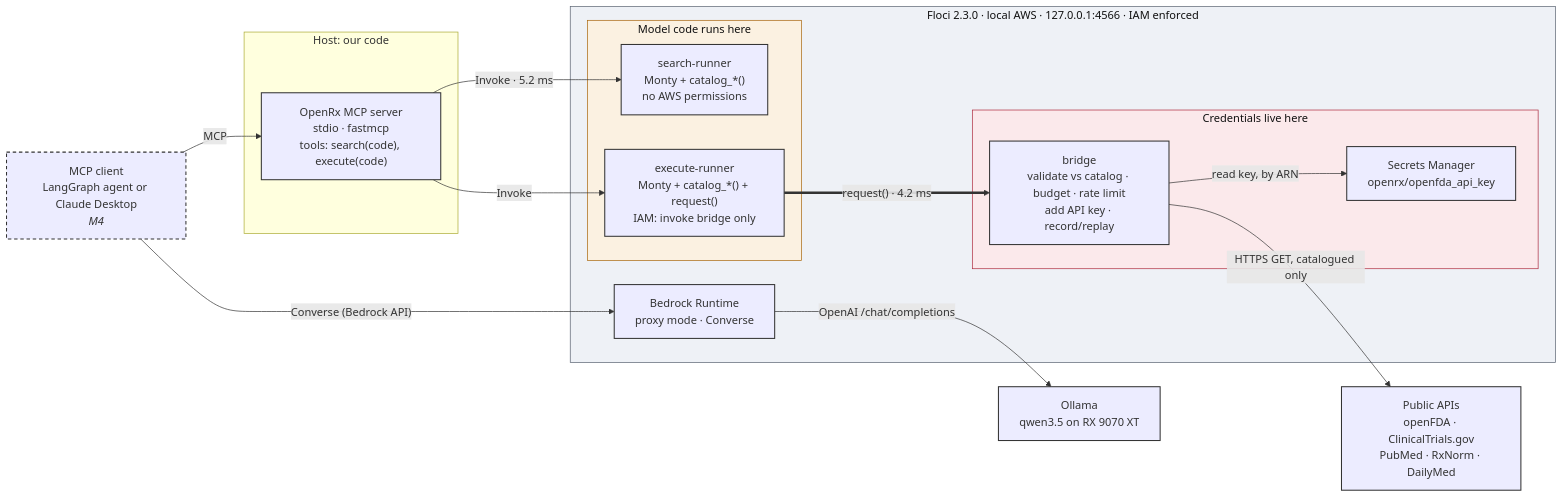
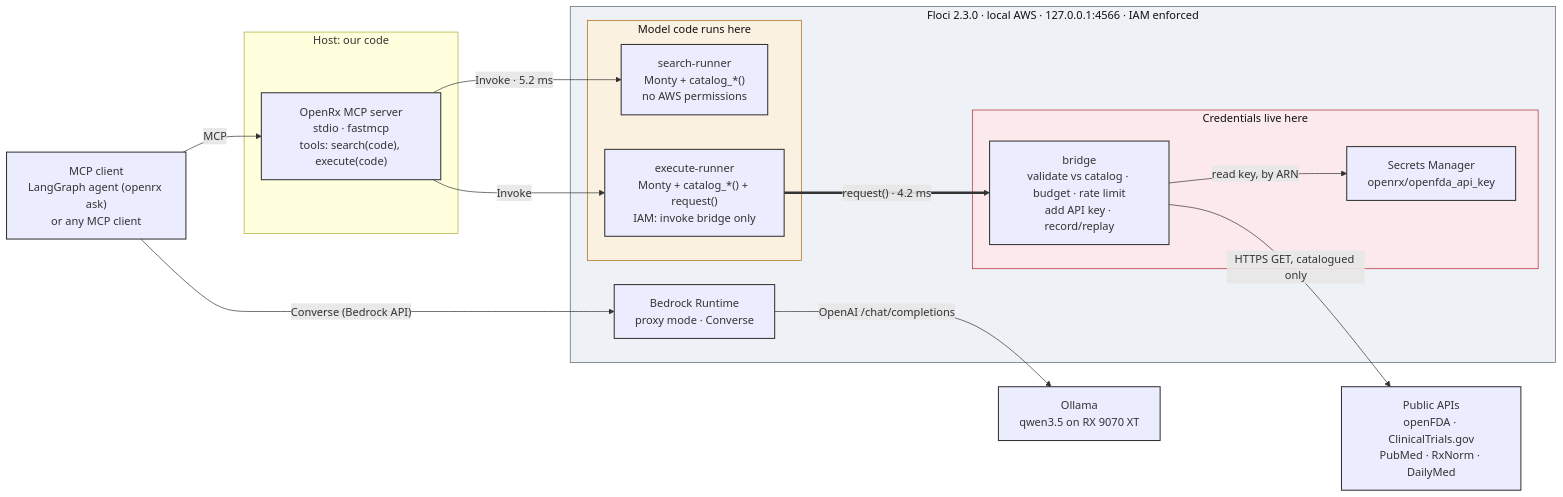
Before and after one commit to pratyushmohit/openrx: the first of 3 diagrams in docs/architecture.md, drawn with Mermaid. The commit also changed other lines of this file and 6 other files, not shown here.

````diff
--- a/docs/architecture.md
+++ b/docs/architecture.md
@@ -18,40 +18,39 @@
 ```mermaid
 flowchart LR
-  client["MCP client<br/>LangGraph agent or Claude Desktop<br/><i>M4</i>"]
+  client["MCP client<br/>LangGraph agent (openrx ask)<br/>or any MCP client"]
   ollama["Ollama<br/>qwen3.5 on RX 9070 XT"]
 
   subgraph host["Host: our code"]
     server["OpenRx MCP server<br/>stdio · fastmcp<br/>tools: search(code), execute(code)"]
   end
 
   subgraph floci["Floci 2.3.0 · local AWS · 127.0.0.1:4566 · IAM enforced"]
     subgraph sandbox["Model code runs here"]
       search["search-runner<br/>Monty + catalog_*()<br/>no AWS permissions"]
       execute["execute-runner<br/>Monty + catalog_*() + request()<br/>IAM: invoke bridge only"]
     end
     subgraph creds["Credentials live here"]
       bridge["bridge<br/>validate vs catalog · budget · rate limit<br/>add API key · record/replay"]
       secrets["Secrets Manager<br/>openrx/openfda_api_key"]
     end
     bedrock["Bedrock Runtime<br/>proxy mode · Converse"]
   end
 
   apis["Public APIs<br/>openFDA · ClinicalTrials.gov<br/>PubMed · RxNorm · DailyMed"]
 
   client -- "MCP" --> server
   server -- "Invoke · 5.2 ms" --> search
   server -- "Invoke" --> execute
   execute == "request() · 4.2 ms" ==> bridge
   bridge -- "read key, by ARN" --> secrets
   bridge -- "HTTPS GET, catalogued only" --> apis
   client -- "Converse (Bedrock API)" --> bedrock
   bedrock -- "OpenAI /chat/completions" --> ollama
 
   classDef built stroke:#333,stroke-width:1.5px
   classDef planned stroke:#333,stroke-width:1.5px,stroke-dasharray:5 4
-  class secrets,bedrock,ollama,apis,bridge,search,execute,server built
-  class client planned
+  class secrets,bedrock,ollama,apis,bridge,search,execute,server,client built
   style sandbox fill:#fbf1e1,stroke:#a8640a,color:#111
   style creds fill:#fbe9eb,stroke:#ad2a3c,color:#111
   style floci fill:#eef1f6,stroke:#586170,color:#111
 ```
````
